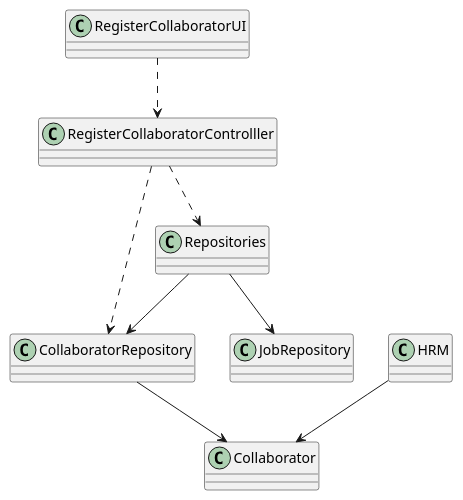
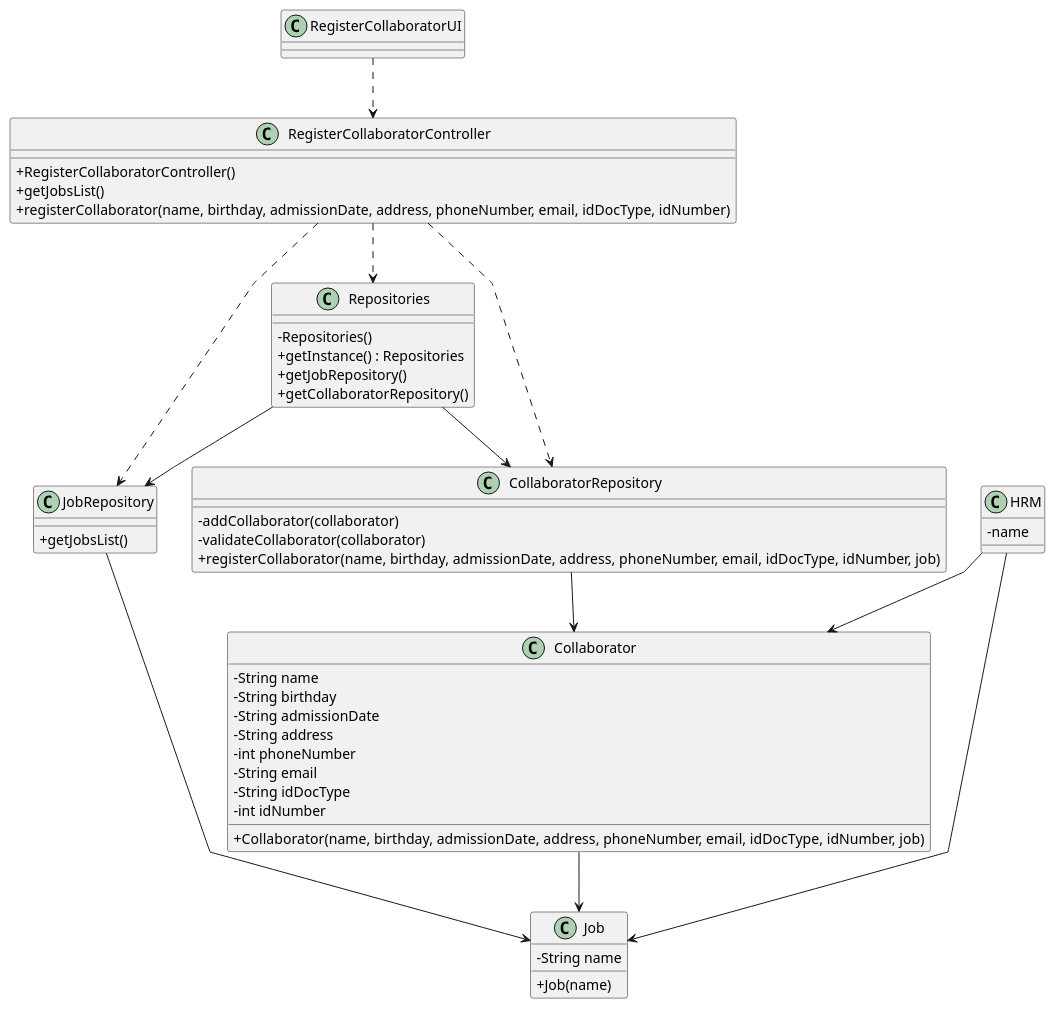
The diagram in docs/sprintA&B/us003/03.design/puml/us003-class-diagram.puml (daniel41silva05/ISEP_2023_2024_LAPR2), drawn with PlantUML before and after one commit. The commit also changed 5 other files, not shown here.

Commit message:
ED-17 US03 - update Class Diagram

```diff
--- a/docs/sprintA&B/us003/03.design/puml/us003-class-diagram.puml
+++ b/docs/sprintA&B/us003/03.design/puml/us003-class-diagram.puml
@@ -1,48 +1,72 @@
 @startuml
 'skinparam monochrome true
 skinparam packageStyle rectangle
 skinparam shadowing false
 skinparam linetype polyline
 'skinparam linetype orto
 
 skinparam classAttributeIconSize 0
 
 'left to right direction
 
 class RegisterCollaboratorUI {
-
 }
 
-class RegisterCollaboratorControlller {
-
+class RegisterCollaboratorController {
+    +RegisterCollaboratorController()
+    +getJobsList()
+    +registerCollaborator(name, birthday, admissionDate, address, phoneNumber, email, idDocType, idNumber)
 }
 
 class CollaboratorRepository {
-
+    -addCollaborator(collaborator)
+    -validateCollaborator(collaborator)
+    +registerCollaborator(name, birthday, admissionDate, address, phoneNumber, email, idDocType, idNumber, job)
 }
 
 class Collaborator {
+    -String name
+    -String birthday
+    -String admissionDate
+    -String address
+    -int phoneNumber
+    -String email
+    -String idDocType
+    -int idNumber
+    +Collaborator(name, birthday, admissionDate, address, phoneNumber, email, idDocType, idNumber, job)
 
 }
 
 class JobRepository {
+    +getJobsList()
+}
 
+class Job {
+    -String name
+    +Job(name)
 }
 
 class HRM {
-
+    - name
 }
 
 class Repositories {
-
+    - Repositories()
+    + getInstance() : Repositories
+    + getJobRepository()
+    + getCollaboratorRepository()
 }
 
-RegisterCollaboratorUI ..> RegisterCollaboratorControlller
-RegisterCollaboratorControlller ..> Repositories
-RegisterCollaboratorControlller ..> CollaboratorRepository
+RegisterCollaboratorUI ..> RegisterCollaboratorController
+RegisterCollaboratorController ..> Repositories
+RegisterCollaboratorController ..> CollaboratorRepository
+RegisterCollaboratorController ..> JobRepository
 CollaboratorRepository --> Collaborator
+JobRepository --> Job
 HRM --> Collaborator
+HRM --> Job
+Collaborator --> Job
 Repositories --> CollaboratorRepository
 Repositories --> JobRepository
 
 @enduml
```
